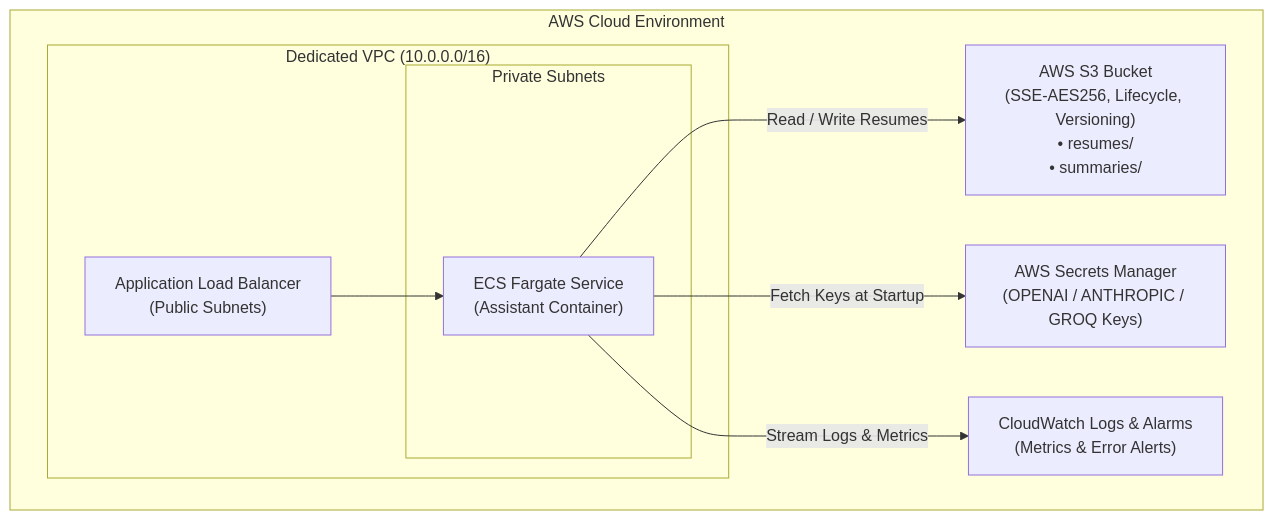
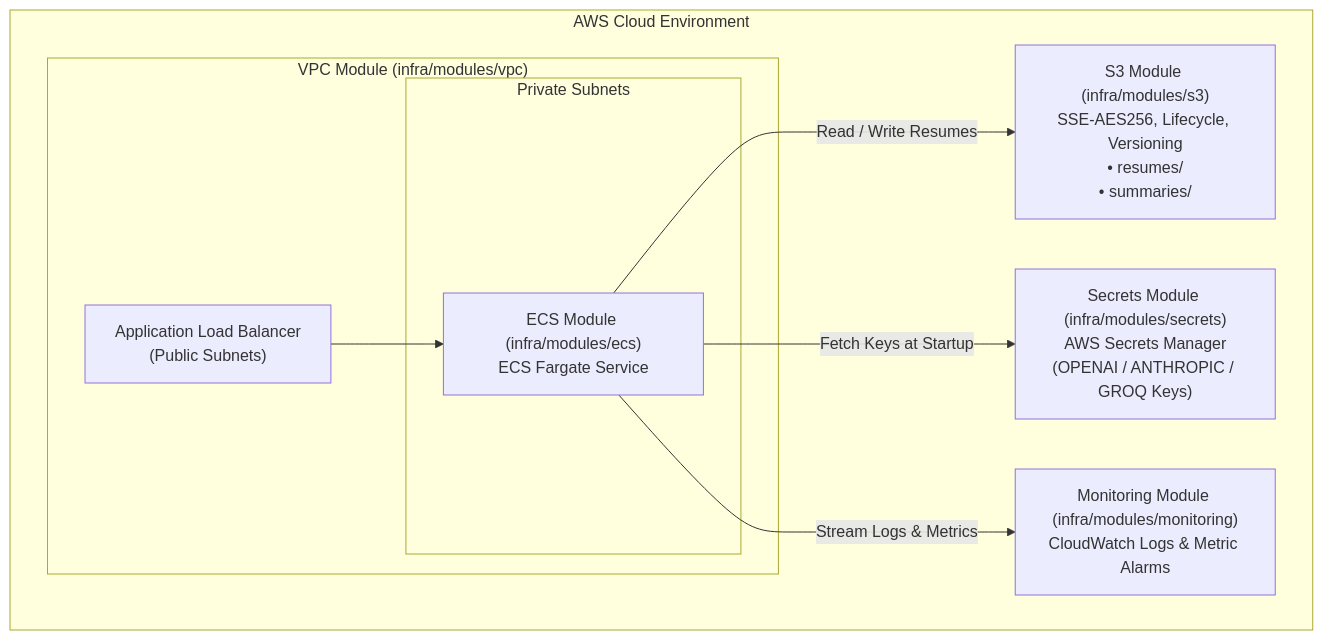
Before and after one commit to Shubhankart101/LLM-PoweredFileSystemAssistant: the third of 3 diagrams in README.md, drawn with Mermaid. The commit also changed other lines of this file and 19 other files, not shown here.

Commit message:
Refactor infra into dedicated resource modules under infra/modules and centralize README.md outside at root

````diff
--- a/README.md
+++ b/README.md
@@ -114,21 +131,21 @@
 ```mermaid
 flowchart TD
     subgraph AWS["AWS Cloud Environment"]
-        subgraph VPC["Dedicated VPC (10.0.0.0/16)"]
+        subgraph VPC["VPC Module (infra/modules/vpc)"]
             ALB["Application Load Balancer<br/>(Public Subnets)"]
             
             subgraph Private["Private Subnets"]
-                ECS["ECS Fargate Service<br/>(Assistant Container)"]
+                ECS["ECS Module (infra/modules/ecs)<br/>ECS Fargate Service"]
             end
         end
 
-        S3["AWS S3 Bucket<br/>(SSE-AES256, Lifecycle, Versioning)<br/>• resumes/<br/>• summaries/"]
-        SM["AWS Secrets Manager<br/>(OPENAI / ANTHROPIC / GROQ Keys)"]
-        CW["CloudWatch Logs & Alarms<br/>(Metrics & Error Alerts)"]
+        S3["S3 Module (infra/modules/s3)<br/>SSE-AES256, Lifecycle, Versioning<br/>• resumes/<br/>• summaries/"]
+        SM["Secrets Module (infra/modules/secrets)<br/>AWS Secrets Manager<br/>(OPENAI / ANTHROPIC / GROQ Keys)"]
+        CW["Monitoring Module (infra/modules/monitoring)<br/>CloudWatch Logs & Metric Alarms"]
     end
 
     ALB --> ECS
     ECS -->|"Read / Write Resumes"| S3
     ECS -->|"Fetch Keys at Startup"| SM
     ECS -->|"Stream Logs & Metrics"| CW
 ```
````
